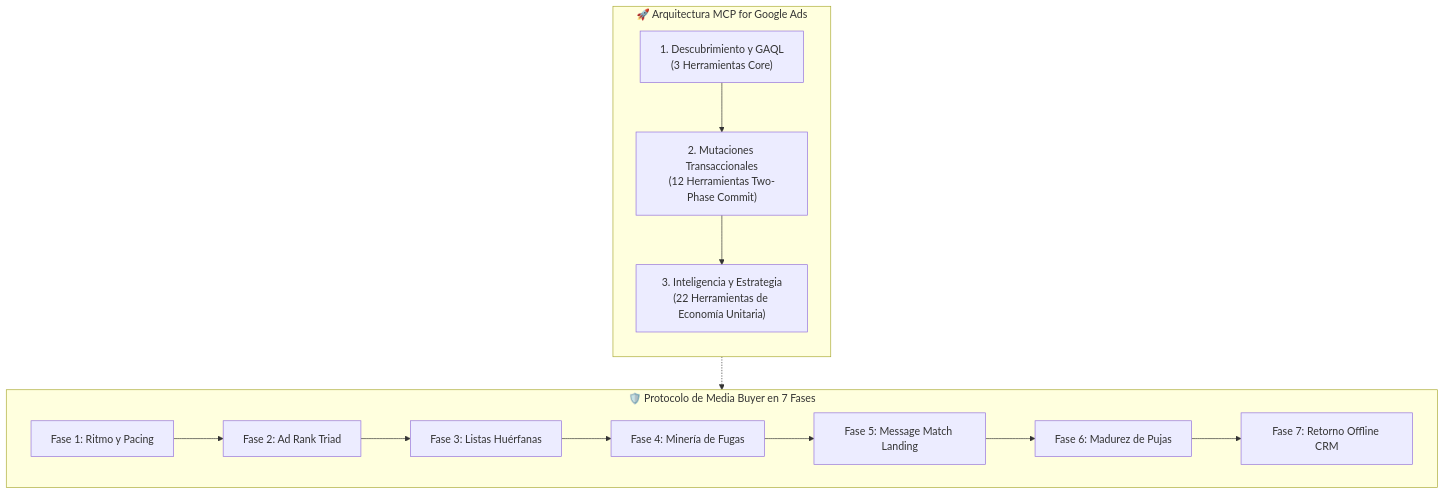
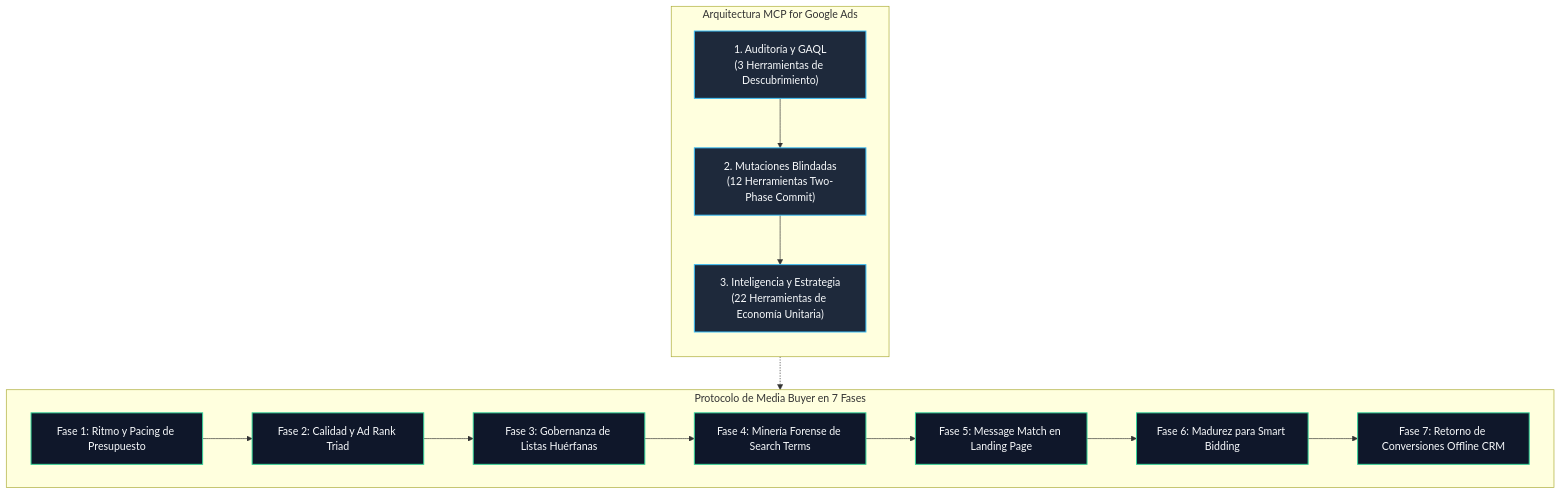
Before and after one commit to eddvasquez/mcp-for-google-ads: the diagram in README_es.md, drawn with Mermaid. The commit also changed other lines of this file and 1 other file, not shown here.

Commit message:
docs: reestructurar copy bajo metodologia Interlude para Media Buyers no programadores, blindaje de tarjeta y eliminacion de barreras tecnicas

````diff
--- a/README_es.md
+++ b/README_es.md
@@ -81,19 +117,24 @@
 ```mermaid
 flowchart TD
-    subgraph Engine ["🚀 Arquitectura MCP for Google Ads"]
+    subgraph Engine ["Arquitectura MCP for Google Ads"]
         direction TB
-        A["1. Descubrimiento y GAQL<br>(3 Herramientas Core)"] --> B["2. Mutaciones Transaccionales<br>(12 Herramientas Two-Phase Commit)"]
+        A["1. Auditoría y GAQL<br>(3 Herramientas de Descubrimiento)"] --> B["2. Mutaciones Blindadas<br>(12 Herramientas Two-Phase Commit)"]
         B --> C["3. Inteligencia y Estrategia<br>(22 Herramientas de Economía Unitaria)"]
     end
 
-    subgraph Workflow ["🛡️ Protocolo de Media Buyer en 7 Fases"]
-        W1["Fase 1: Ritmo y Pacing"] --> W2["Fase 2: Ad Rank Triad"]
-        W2 --> W3["Fase 3: Listas Huérfanas"]
-        W3 --> W4["Fase 4: Minería de Fugas"]
-        W4 --> W5["Fase 5: Message Match Landing"]
-        W5 --> W6["Fase 6: Madurez de Pujas"]
-        W6 --> W7["Fase 7: Retorno Offline CRM"]
+    subgraph Workflow ["Protocolo de Media Buyer en 7 Fases"]
+        W1["Fase 1: Ritmo y Pacing de Presupuesto"] --> W2["Fase 2: Calidad y Ad Rank Triad"]
+        W2 --> W3["Fase 3: Gobernanza de Listas Huérfanas"]
+        W3 --> W4["Fase 4: Minería Forense de Search Terms"]
+        W4 --> W5["Fase 5: Message Match en Landing Page"]
+        W5 --> W6["Fase 6: Madurez para Smart Bidding"]
+        W6 --> W7["Fase 7: Retorno de Conversiones Offline CRM"]
     end
 
     Engine -.-> Workflow
+
+    classDef core fill:#1e293b,stroke:#38bdf8,stroke-width:1.5px,color:#f8fafc;
+    classDef flow fill:#0f172a,stroke:#34d399,stroke-width:1.5px,color:#f8fafc;
+    class A,B,C core;
+    class W1,W2,W3,W4,W5,W6,W7 flow;
 ```
````
